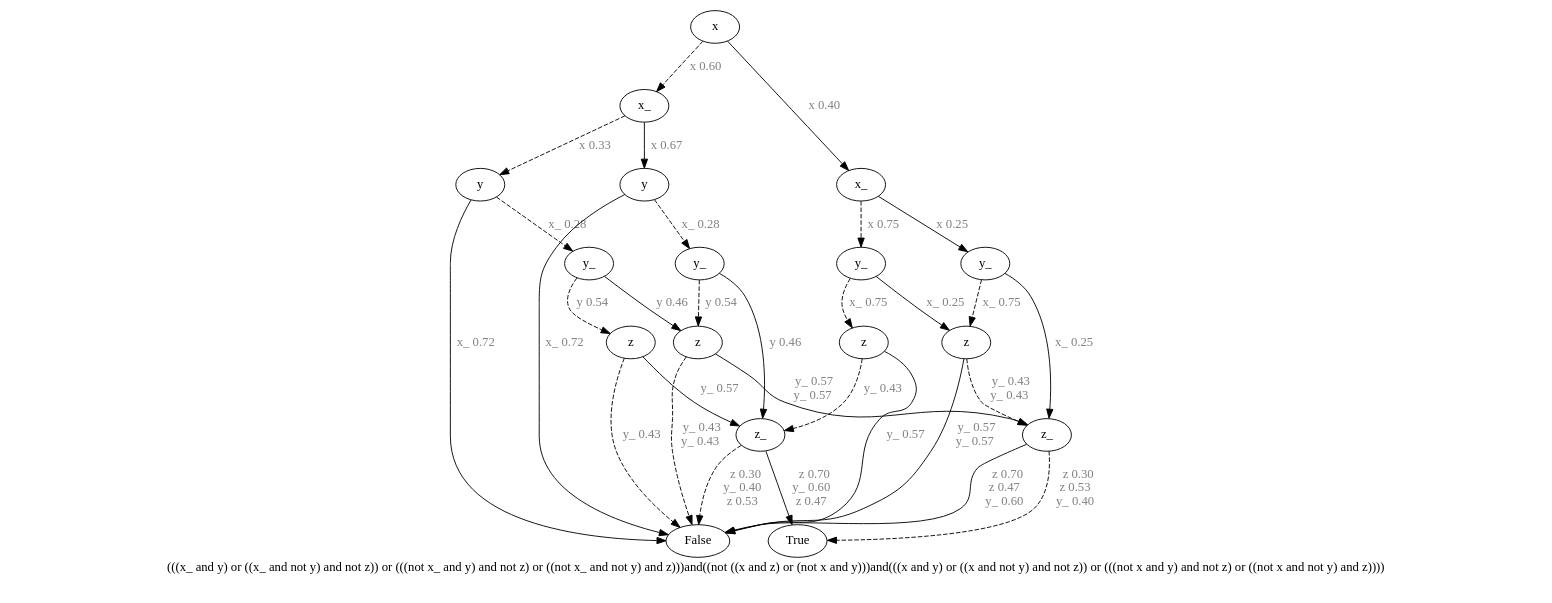
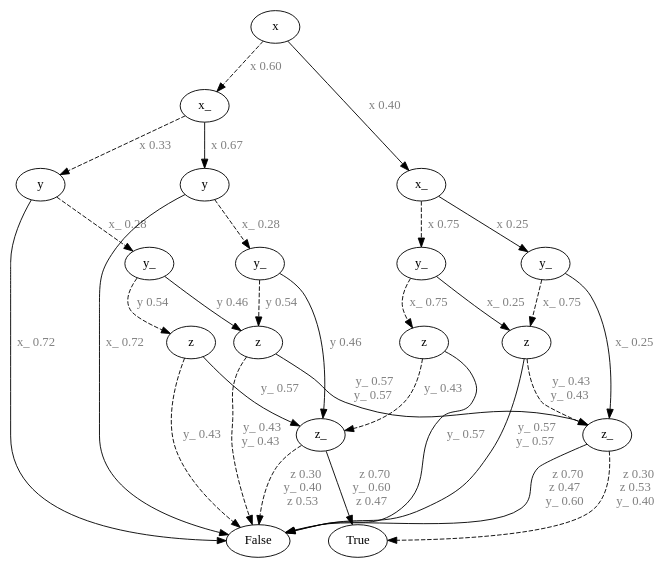
One commit to O1ez/IncreasingResilienceOfAutomatedVehicles changed the diagram in out/test1/_start_6_tp.dot. Above: the diagram before and after it, drawn with Graphviz. The commit also changed 64 other files, not shown here.

```diff
--- a/out/test1/_start_6_tp.dot
+++ b/out/test1/_start_6_tp.dot
@@ -1,63 +1,61 @@
-digraph{
-label="(((x_ and y) or ((x_ and not y) and not z)) or (((not x_ and y) and not z) or ((not x_ and not y) and z)))and((not ((x and z) or (not x and y)))and(((x and y) or ((x and not y) and not z)) or (((not x and y) and not z) or ((not x and not y) and z))))\n\n"
-2179575805456[label=x]2179575798576[label="x_"]
-2179575805456 -> 2179575798576[style=dashed label=" x 0.60\n" fontcolor = gray]
-2179575797776[label="y"]
-2179575798576 -> 2179575797776[style=dashed label=" x 0.33\n" fontcolor = gray]
-2179575806896[label="y_"]
-2179575797776 -> 2179575806896[style=dashed label=" x_ 0.28\n" fontcolor = gray]
-2179575807216[label="z"]
-2179575806896 -> 2179575807216[style=dashed label=" y 0.54\n" fontcolor = gray]
-2179575806576[label="False"]
-2179575807216 -> 2179575806576[style=dashed label=" y_ 0.43\n" fontcolor = gray]
-2179576234064[label="z_"]
-2179575807216 -> 2179576234064 [label=" y_ 0.57\n" fontcolor = gray]
-2179575806576[label="False"]
-2179576234064 -> 2179575806576[style=dashed label="   z 0.30\ny_ 0.40\nz 0.53\n" fontcolor = gray]
-2179575806736[label="True"]
-2179576234064 -> 2179575806736 [label="   z 0.70\ny_ 0.60\nz 0.47\n" fontcolor = gray]
-2179575807376[label="z"]
-2179575806896 -> 2179575807376 [label=" y 0.46\n" fontcolor = gray]
-2179575806576[label="False"]
-2179575807376 -> 2179575806576[style=dashed label="  y_ 0.43\ny_ 0.43\n" fontcolor = gray]
-2179576235184[label="z_"]
-2179575807376 -> 2179576235184 [label="  y_ 0.57\ny_ 0.57\n" fontcolor = gray]
-2179575806736[label="True"]
-2179576235184 -> 2179575806736[style=dashed label="   z 0.30\nz 0.53\ny_ 0.40\n" fontcolor = gray]
-2179575806576[label="False"]
-2179576235184 -> 2179575806576 [label="   z 0.70\nz 0.47\ny_ 0.60\n" fontcolor = gray]
-2179575806576[label="False"]
-2179575797776 -> 2179575806576 [label=" x_ 0.72\n" fontcolor = gray]
-2179575806256[label="y"]
-2179575798576 -> 2179575806256 [label=" x 0.67\n" fontcolor = gray]
-2179576236624[label="y_"]
-2179575806256 -> 2179576236624[style=dashed label=" x_ 0.28\n" fontcolor = gray]
-2179575807376[label="z"]
-2179576236624 -> 2179575807376[style=dashed label=" y 0.54\n" fontcolor = gray]
-2179576234064[label="z_"]
-2179576236624 -> 2179576234064 [label=" y 0.46\n" fontcolor = gray]
-2179575806576[label="False"]
-2179575806256 -> 2179575806576 [label=" x_ 0.72\n" fontcolor = gray]
-2179575795376[label="x_"]
-2179575805456 -> 2179575795376 [label=" x 0.40\n" fontcolor = gray]
-2179576239184[label="y_"]
-2179575795376 -> 2179576239184[style=dashed label=" x 0.75\n" fontcolor = gray]
-2179576239504[label="z"]
-2179576239184 -> 2179576239504[style=dashed label=" x_ 0.75\n" fontcolor = gray]
-2179576234064[label="z_"]
-2179576239504 -> 2179576234064[style=dashed label=" y_ 0.43\n" fontcolor = gray]
-2179575806576[label="False"]
-2179576239504 -> 2179575806576 [label=" y_ 0.57\n" fontcolor = gray]
-2179576239664[label="z"]
-2179576239184 -> 2179576239664 [label=" x_ 0.25\n" fontcolor = gray]
-2179576235184[label="z_"]
-2179576239664 -> 2179576235184[style=dashed label="  y_ 0.43\ny_ 0.43\n" fontcolor = gray]
-2179575806576[label="False"]
-2179576239664 -> 2179575806576 [label="  y_ 0.57\ny_ 0.57\n" fontcolor = gray]
-2179576239344[label="y_"]
-2179575795376 -> 2179576239344 [label=" x 0.25\n" fontcolor = gray]
-2179576239664[label="z"]
-2179576239344 -> 2179576239664[style=dashed label=" x_ 0.75\n" fontcolor = gray]
-2179576235184[label="z_"]
-2179576239344 -> 2179576235184 [label=" x_ 0.25\n" fontcolor = gray]
+digraph{2202465100688[label=x]2202465102224[label="x_"]
+2202465100688 -> 2202465102224[style=dashed label=" x 0.60\n" fontcolor = gray]
+2202412404240[label="y"]
+2202465102224 -> 2202412404240[style=dashed label=" x 0.33\n" fontcolor = gray]
+2202412404304[label="y_"]
+2202412404240 -> 2202412404304[style=dashed label=" x_ 0.28\n" fontcolor = gray]
+2202412402640[label="z"]
+2202412404304 -> 2202412402640[style=dashed label=" y 0.54\n" fontcolor = gray]
+2202465107088[label="False"]
+2202412402640 -> 2202465107088[style=dashed label=" y_ 0.43\n" fontcolor = gray]
+2202464580816[label="z_"]
+2202412402640 -> 2202464580816 [label=" y_ 0.57\n" fontcolor = gray]
+2202465107088[label="False"]
+2202464580816 -> 2202465107088[style=dashed label="   z 0.30\ny_ 0.40\nz 0.53\n" fontcolor = gray]
+2202465107664[label="True"]
+2202464580816 -> 2202465107664 [label="   z 0.70\ny_ 0.60\nz 0.47\n" fontcolor = gray]
+2202464577744[label="z"]
+2202412404304 -> 2202464577744 [label=" y 0.46\n" fontcolor = gray]
+2202465107088[label="False"]
+2202464577744 -> 2202465107088[style=dashed label="  y_ 0.43\ny_ 0.43\n" fontcolor = gray]
+2202464581712[label="z_"]
+2202464577744 -> 2202464581712 [label="  y_ 0.57\ny_ 0.57\n" fontcolor = gray]
+2202465107664[label="True"]
+2202464581712 -> 2202465107664[style=dashed label="   z 0.30\nz 0.53\ny_ 0.40\n" fontcolor = gray]
+2202465107088[label="False"]
+2202464581712 -> 2202465107088 [label="   z 0.70\nz 0.47\ny_ 0.60\n" fontcolor = gray]
+2202465107088[label="False"]
+2202412404240 -> 2202465107088 [label=" x_ 0.72\n" fontcolor = gray]
+2202412400912[label="y"]
+2202465102224 -> 2202412400912 [label=" x 0.67\n" fontcolor = gray]
+2202464582416[label="y_"]
+2202412400912 -> 2202464582416[style=dashed label=" x_ 0.28\n" fontcolor = gray]
+2202464577744[label="z"]
+2202464582416 -> 2202464577744[style=dashed label=" y 0.54\n" fontcolor = gray]
+2202464580816[label="z_"]
+2202464582416 -> 2202464580816 [label=" y 0.46\n" fontcolor = gray]
+2202465107088[label="False"]
+2202412400912 -> 2202465107088 [label=" x_ 0.72\n" fontcolor = gray]
+2202465107920[label="x_"]
+2202465100688 -> 2202465107920 [label=" x 0.40\n" fontcolor = gray]
+2202464578448[label="y_"]
+2202465107920 -> 2202464578448[style=dashed label=" x 0.75\n" fontcolor = gray]
+2202464572624[label="z"]
+2202464578448 -> 2202464572624[style=dashed label=" x_ 0.75\n" fontcolor = gray]
+2202464580816[label="z_"]
+2202464572624 -> 2202464580816[style=dashed label=" y_ 0.43\n" fontcolor = gray]
+2202465107088[label="False"]
+2202464572624 -> 2202465107088 [label=" y_ 0.57\n" fontcolor = gray]
+2202464568336[label="z"]
+2202464578448 -> 2202464568336 [label=" x_ 0.25\n" fontcolor = gray]
+2202464581712[label="z_"]
+2202464568336 -> 2202464581712[style=dashed label="  y_ 0.43\ny_ 0.43\n" fontcolor = gray]
+2202465107088[label="False"]
+2202464568336 -> 2202465107088 [label="  y_ 0.57\ny_ 0.57\n" fontcolor = gray]
+2202464573008[label="y_"]
+2202465107920 -> 2202464573008 [label=" x 0.25\n" fontcolor = gray]
+2202464568336[label="z"]
+2202464573008 -> 2202464568336[style=dashed label=" x_ 0.75\n" fontcolor = gray]
+2202464581712[label="z_"]
+2202464573008 -> 2202464581712 [label=" x_ 0.25\n" fontcolor = gray]
 }
```
